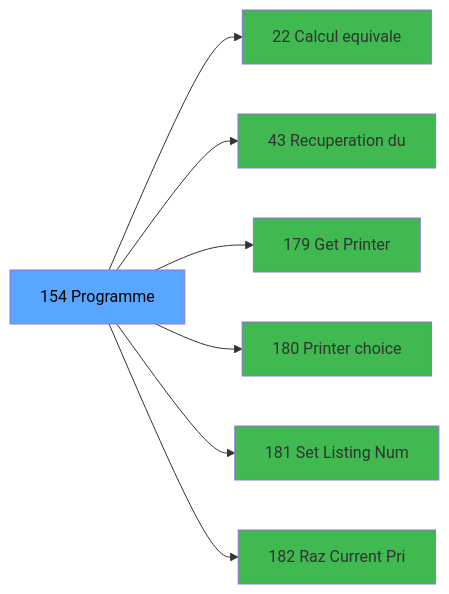
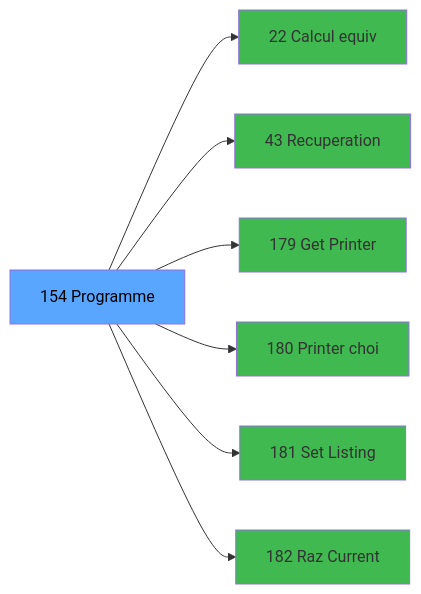
The third of 3 diagrams in .openspec/specs/ADH-IDE-154.md (thonyAGP/magic-migration), drawn with Mermaid before and after one commit. The commit also changed other lines of this file and 323 other files, not shown here.

````diff
--- a/.openspec/specs/ADH-IDE-154.md
+++ b/.openspec/specs/ADH-IDE-154.md
@@ -148,23 +179,23 @@
 ```mermaid
 graph LR
     T[154 Programme]
-    C22[22 Calcul equivale]
+    C22[22 Calcul equiv]
     T --> C22
-    C43[43 Recuperation du]
+    C43[43 Recuperation]
     T --> C43
     C179[179 Get Printer]
     T --> C179
-    C180[180 Printer choice]
+    C180[180 Printer choi]
     T --> C180
-    C181[181 Set Listing Num]
+    C181[181 Set Listing ]
     T --> C181
-    C182[182 Raz Current Pri]
+    C182[182 Raz Current ]
     T --> C182
     style T fill:#58a6ff,color:#000
     style C22 fill:#3fb950
     style C43 fill:#3fb950
     style C179 fill:#3fb950
     style C180 fill:#3fb950
     style C181 fill:#3fb950
     style C182 fill:#3fb950
 ```
````
